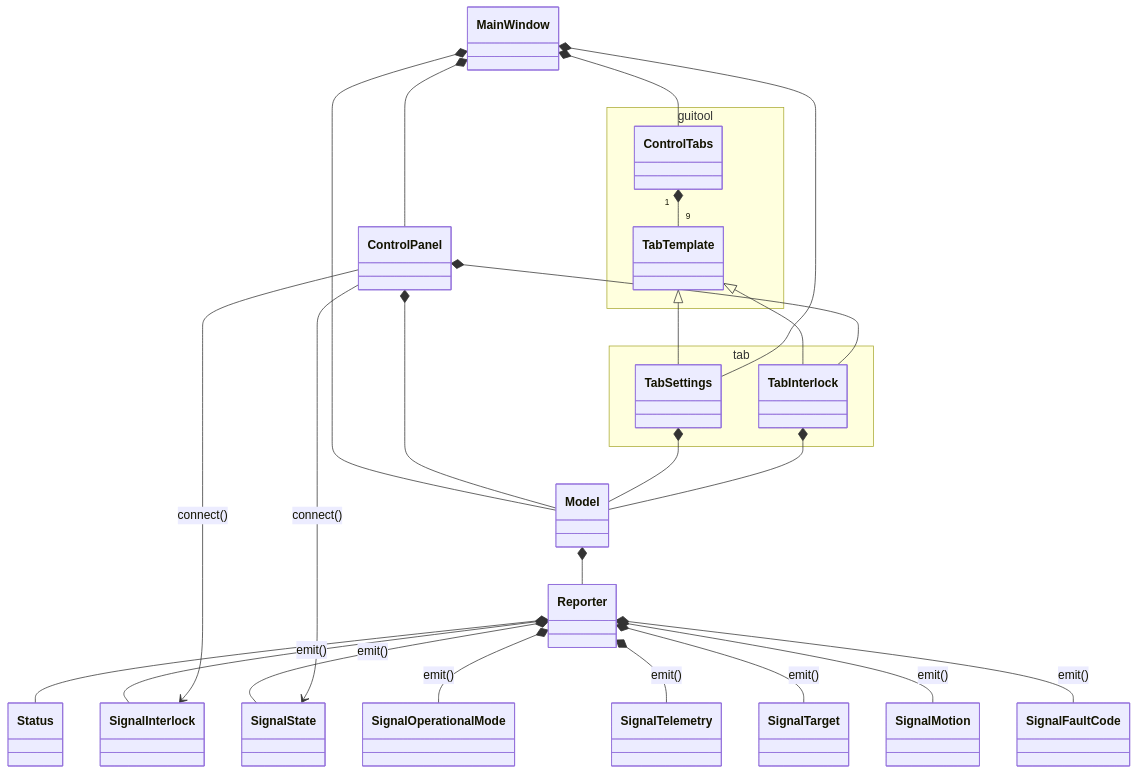
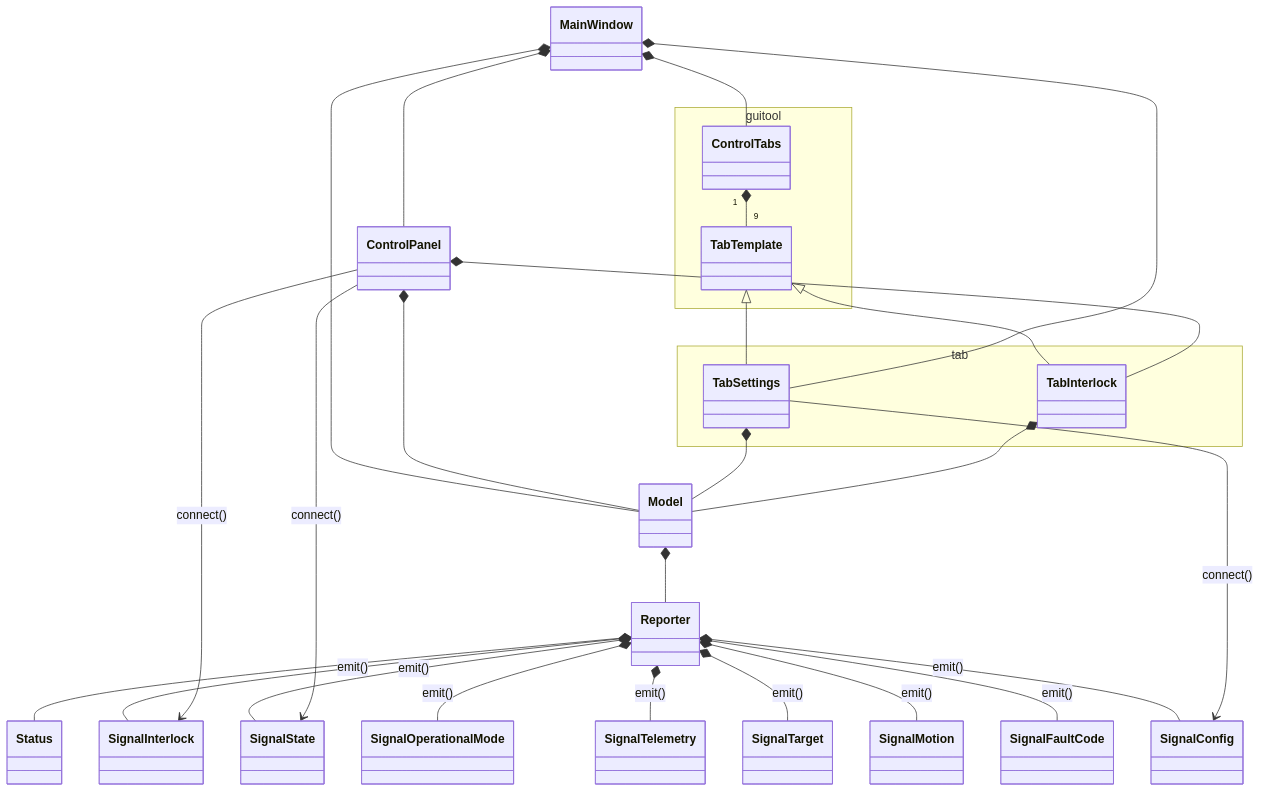
The diagram in doc/uml/class_mtdomegui.mmd (lsst-ts/ts_mtdomegui), drawn with Mermaid before and after one commit. The commit also changed 3 other files, not shown here.

```diff
--- a/doc/uml/class_mtdomegui.mmd
+++ b/doc/uml/class_mtdomegui.mmd
@@ -1,40 +1,43 @@
 classDiagram
 
 namespace guitool {
   class ControlTabs
   class TabTemplate
 }
 
 namespace tab {
   class TabSettings
   class TabInterlock
 }
 
 TabTemplate <|-- TabSettings
 TabTemplate <|-- TabInterlock
 
 MainWindow *-- Model
 MainWindow *-- ControlTabs
 MainWindow *-- ControlPanel
 MainWindow *-- TabSettings
 
 Model *-- Reporter
 
 Reporter *-- Status
 Reporter *-- SignalInterlock : emit()
 Reporter *-- SignalState : emit()
 Reporter *-- SignalOperationalMode : emit()
 Reporter *-- SignalTelemetry : emit()
 Reporter *-- SignalTarget : emit()
 Reporter *-- SignalMotion : emit()
 Reporter *-- SignalFaultCode : emit()
+Reporter *-- SignalConfig : emit()
 
 ControlPanel *-- Model
 ControlPanel *-- TabInterlock
 ControlPanel --> SignalInterlock : connect()
 ControlPanel --> SignalState : connect()
 
 TabSettings *-- Model
+TabSettings --> SignalConfig : connect()
+
 TabInterlock *-- Model
 
 ControlTabs "1" *-- "9" TabTemplate
```
